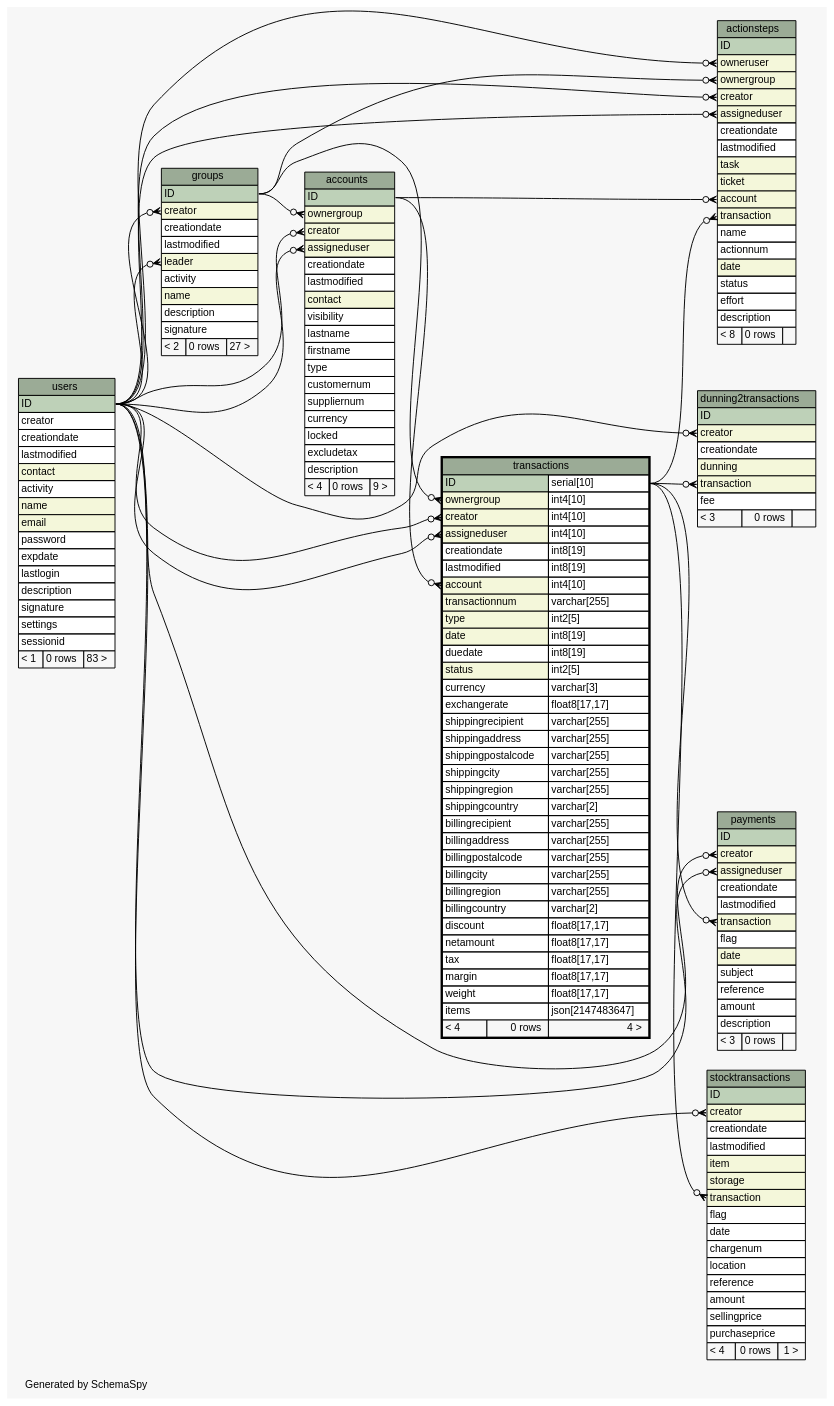
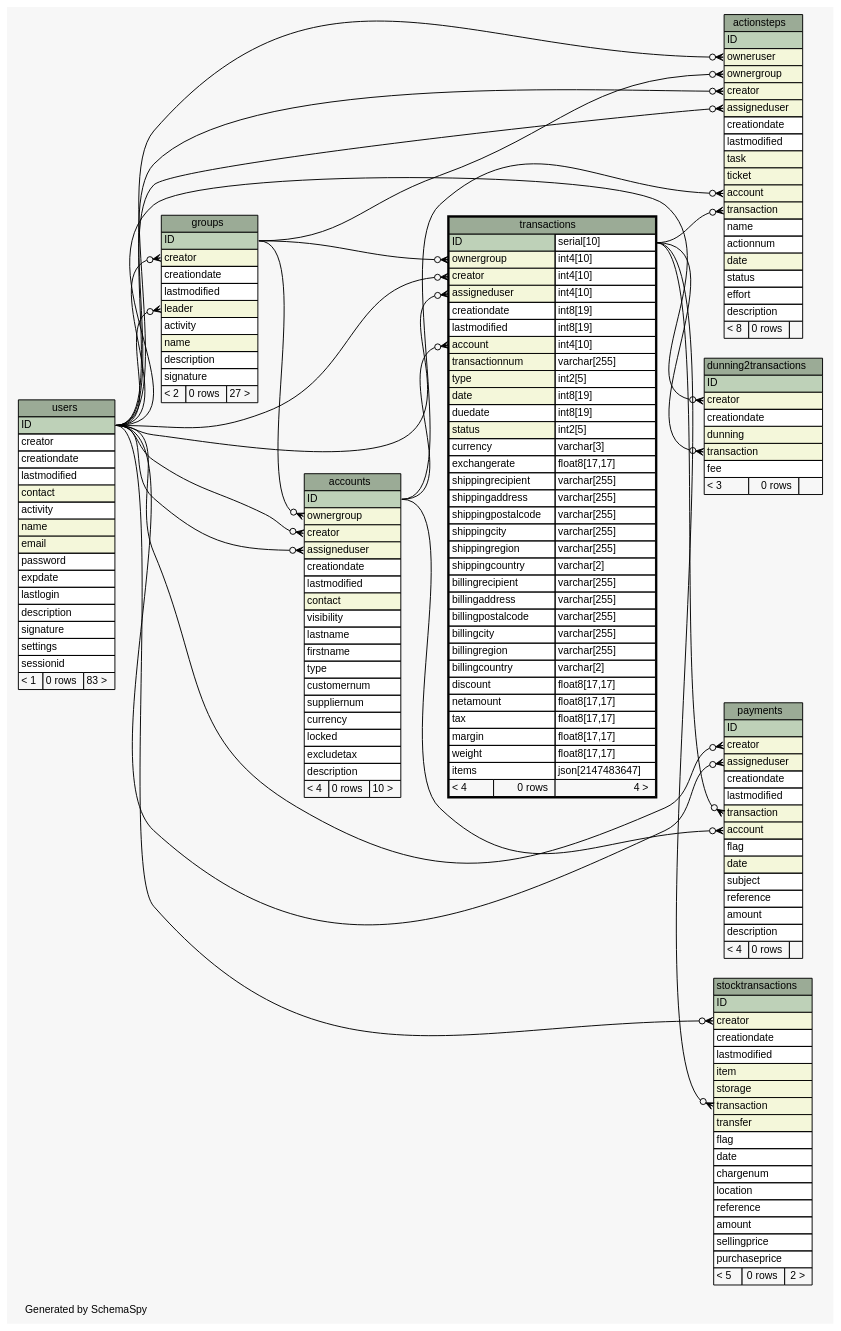
One commit to zeyosinc/zeyos-schema changed the diagram in diagrams/transactions.1degree.dot. Above: the diagram before and after it, drawn with Graphviz. The commit also changed 216 other files, not shown here.

Commit message:
Update schema to .99-65

```diff
--- a/diagrams/transactions.1degree.dot
+++ b/diagrams/transactions.1degree.dot
@@ -32,6 +32,7 @@
   "dunning2transactions":"transaction":w -> "transactions":"ID.type":e [arrowhead=none dir=back arrowtail=crowodot];
   "groups":"creator":w -> "users":"ID":e [arrowhead=none dir=back arrowtail=crowodot];
   "groups":"leader":w -> "users":"ID":e [arrowhead=none dir=back arrowtail=crowodot];
+  "payments":"account":w -> "accounts":"ID":e [arrowhead=none dir=back arrowtail=crowodot];
   "payments":"assigneduser":w -> "users":"ID":e [arrowhead=none dir=back arrowtail=crowodot];
   "payments":"creator":w -> "users":"ID":e [arrowhead=none dir=back arrowtail=crowodot];
   "payments":"transaction":w -> "transactions":"ID.type":e [arrowhead=none dir=back arrowtail=crowodot];
@@ -62,7 +63,7 @@
       <TR><TD PORT="locked" COLSPAN="3" ALIGN="LEFT">locked</TD></TR>
       <TR><TD PORT="excludetax" COLSPAN="3" ALIGN="LEFT">excludetax</TD></TR>
       <TR><TD PORT="description" COLSPAN="3" ALIGN="LEFT">description</TD></TR>
-      <TR><TD ALIGN="LEFT" BGCOLOR="#f7f7f7">&lt; 4</TD><TD ALIGN="RIGHT" BGCOLOR="#f7f7f7">0 rows</TD><TD ALIGN="RIGHT" BGCOLOR="#f7f7f7">9 &gt;</TD></TR>
+      <TR><TD ALIGN="LEFT" BGCOLOR="#f7f7f7">&lt; 4</TD><TD ALIGN="RIGHT" BGCOLOR="#f7f7f7">0 rows</TD><TD ALIGN="RIGHT" BGCOLOR="#f7f7f7">10 &gt;</TD></TR>
     </TABLE>>
     URL="accounts.html"
     tooltip="accounts"
@@ -136,13 +137,14 @@
       <TR><TD PORT="creationdate" COLSPAN="3" ALIGN="LEFT">creationdate</TD></TR>
       <TR><TD PORT="lastmodified" COLSPAN="3" ALIGN="LEFT">lastmodified</TD></TR>
       <TR><TD PORT="transaction" COLSPAN="3" BGCOLOR="#f4f7da" ALIGN="LEFT">transaction</TD></TR>
+      <TR><TD PORT="account" COLSPAN="3" BGCOLOR="#f4f7da" ALIGN="LEFT">account</TD></TR>
       <TR><TD PORT="flag" COLSPAN="3" ALIGN="LEFT">flag</TD></TR>
       <TR><TD PORT="date" COLSPAN="3" BGCOLOR="#f4f7da" ALIGN="LEFT">date</TD></TR>
       <TR><TD PORT="subject" COLSPAN="3" ALIGN="LEFT">subject</TD></TR>
       <TR><TD PORT="reference" COLSPAN="3" ALIGN="LEFT">reference</TD></TR>
       <TR><TD PORT="amount" COLSPAN="3" ALIGN="LEFT">amount</TD></TR>
       <TR><TD PORT="description" COLSPAN="3" ALIGN="LEFT">description</TD></TR>
-      <TR><TD ALIGN="LEFT" BGCOLOR="#f7f7f7">&lt; 3</TD><TD ALIGN="RIGHT" BGCOLOR="#f7f7f7">0 rows</TD><TD ALIGN="RIGHT" BGCOLOR="#f7f7f7">  </TD></TR>
+      <TR><TD ALIGN="LEFT" BGCOLOR="#f7f7f7">&lt; 4</TD><TD ALIGN="RIGHT" BGCOLOR="#f7f7f7">0 rows</TD><TD ALIGN="RIGHT" BGCOLOR="#f7f7f7">  </TD></TR>
     </TABLE>>
     URL="payments.html"
     tooltip="payments"
@@ -158,6 +160,7 @@
       <TR><TD PORT="item" COLSPAN="3" BGCOLOR="#f4f7da" ALIGN="LEFT">item</TD></TR>
       <TR><TD PORT="storage" COLSPAN="3" BGCOLOR="#f4f7da" ALIGN="LEFT">storage</TD></TR>
       <TR><TD PORT="transaction" COLSPAN="3" BGCOLOR="#f4f7da" ALIGN="LEFT">transaction</TD></TR>
+      <TR><TD PORT="transfer" COLSPAN="3" BGCOLOR="#f4f7da" ALIGN="LEFT">transfer</TD></TR>
       <TR><TD PORT="flag" COLSPAN="3" ALIGN="LEFT">flag</TD></TR>
       <TR><TD PORT="date" COLSPAN="3" ALIGN="LEFT">date</TD></TR>
       <TR><TD PORT="chargenum" COLSPAN="3" ALIGN="LEFT">chargenum</TD></TR>
@@ -166,7 +169,7 @@
       <TR><TD PORT="amount" COLSPAN="3" ALIGN="LEFT">amount</TD></TR>
       <TR><TD PORT="sellingprice" COLSPAN="3" ALIGN="LEFT">sellingprice</TD></TR>
       <TR><TD PORT="purchaseprice" COLSPAN="3" ALIGN="LEFT">purchaseprice</TD></TR>
-      <TR><TD ALIGN="LEFT" BGCOLOR="#f7f7f7">&lt; 4</TD><TD ALIGN="RIGHT" BGCOLOR="#f7f7f7">0 rows</TD><TD ALIGN="RIGHT" BGCOLOR="#f7f7f7">1 &gt;</TD></TR>
+      <TR><TD ALIGN="LEFT" BGCOLOR="#f7f7f7">&lt; 5</TD><TD ALIGN="RIGHT" BGCOLOR="#f7f7f7">0 rows</TD><TD ALIGN="RIGHT" BGCOLOR="#f7f7f7">2 &gt;</TD></TR>
     </TABLE>>
     URL="stocktransactions.html"
     tooltip="stocktransactions"
```
